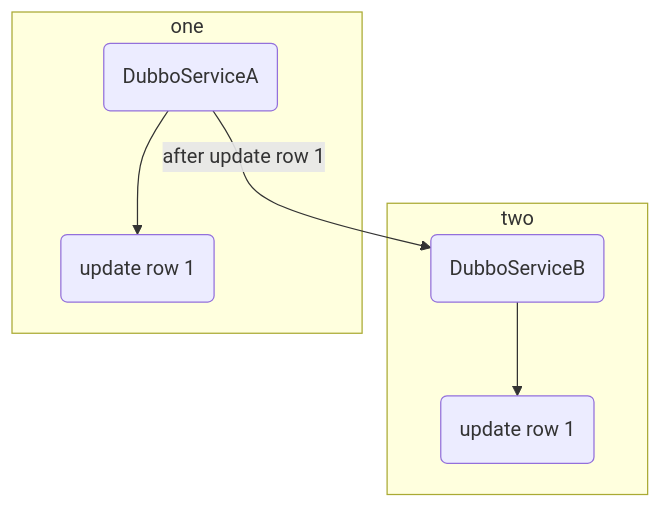
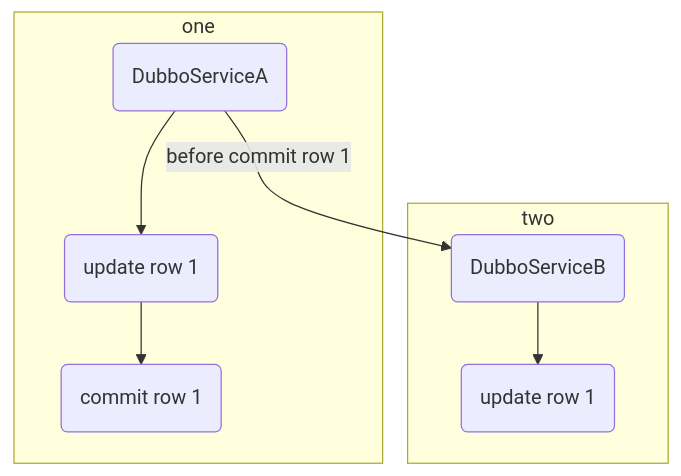
The diagram in dubbo/服务治理问题案例.md (zhudongdong/docs), drawn with Mermaid before and after one commit. The commit also changed other lines of this file, not shown here.

Commit message:
Uploaded by https://stackedit.io/

````diff
--- a/dubbo/服务治理问题案例.md
+++ b/dubbo/服务治理问题案例.md
@@ -3,11 +3,14 @@
 ```mermaid
 graph TB
 
 subgraph two
 c(DubboServiceB) --> d(update row 1)
+
 end
 subgraph one
 a(DubboServiceA) --> b(update row 1)
-a --after update row 1--> c
+b --> f(commit row 1)
+a --before commit row 1--> c
+
 end
 ```
````
